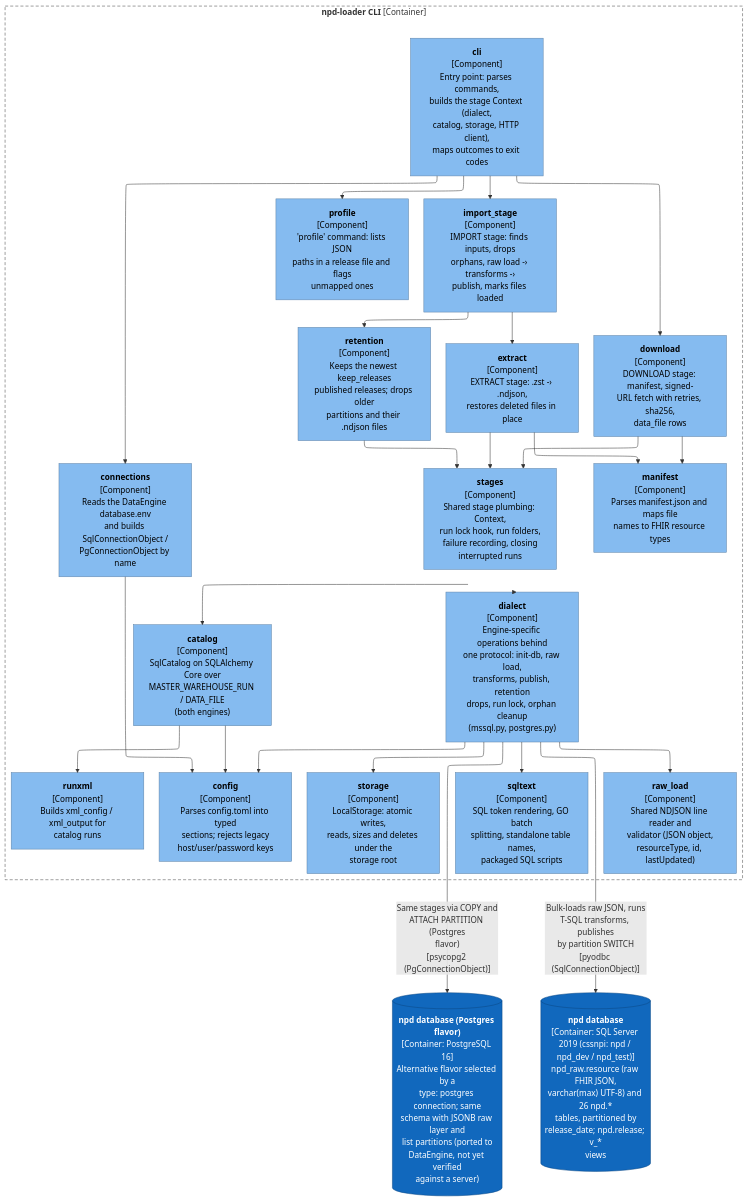
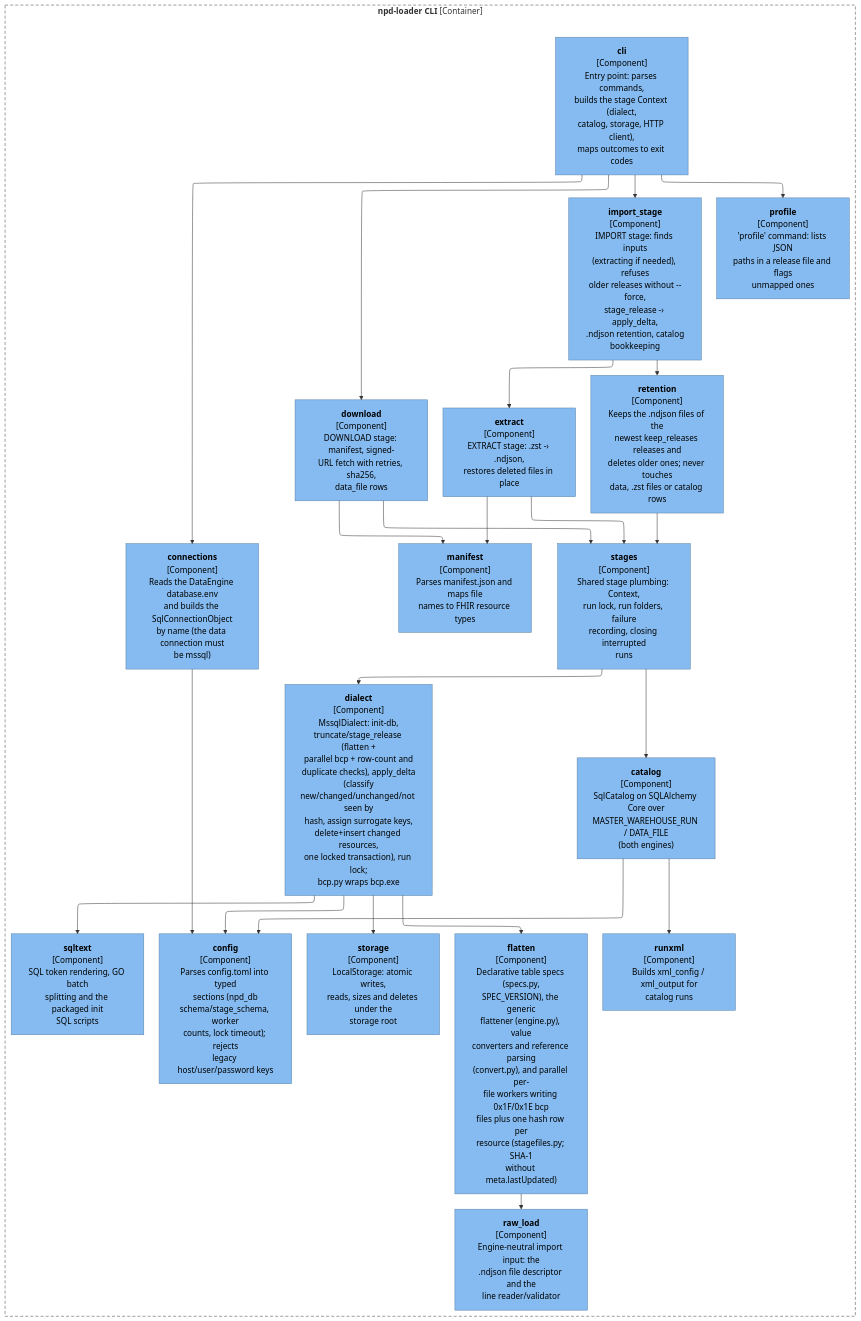
One commit to SqlDataSpire/npd_importer changed the diagram in architecture-docs/nppes_npd_env/c4-component-npd-loader.mmd. Above: the diagram before and after it, drawn with Mermaid. The commit also changed 12 other files, not shown here.

Commit message:
docs: refresh architecture docs for Phase 2 (flatten, bcp staging, delta apply; Postgres and publish flow removed)

```diff
--- a/architecture-docs/nppes_npd_env/c4-component-npd-loader.mmd
+++ b/architecture-docs/nppes_npd_env/c4-component-npd-loader.mmd
@@ -1,140 +1,140 @@
 ---
 config:
   layout: elk
 ---
 flowchart TB
     subgraph boundary["`**npd-loader CLI** [Container]`"]
         npd_loader_catalog["`**catalog**
 [Component]
 SqlCatalog on SQLAlchemy Core over
 MASTER_WAREHOUSE_RUN / DATA_FILE
 (both engines)`"]
         npd_loader_cli["`**cli**
 [Component]
 Entry point: parses commands,
 builds the stage Context (dialect,
 catalog, storage, HTTP client),
 maps outcomes to exit codes`"]
         npd_loader_config["`**config**
 [Component]
 Parses config.toml into typed
-sections; rejects legacy
-host/user/password keys`"]
+sections (npd_db
+schema/stage_schema, worker
+counts, lock timeout); rejects
+legacy host/user/password keys`"]
         npd_loader_connections["`**connections**
 [Component]
 Reads the DataEngine database.env
-and builds SqlConnectionObject /
-PgConnectionObject by name`"]
+and builds the SqlConnectionObject
+by name (the data connection must
+be mssql)`"]
         npd_loader_dialect["`**dialect**
 [Component]
-Engine-specific operations behind
-one protocol: init-db, raw load,
-transforms, publish, retention
-drops, run lock, orphan cleanup
-(mssql.py, postgres.py)`"]
+MssqlDialect: init-db,
+truncate/stage_release (flatten +
+parallel bcp + row-count and
+duplicate checks), apply_delta
+(classify
+new/changed/unchanged/not seen by
+hash, assign surrogate keys,
+delete+insert changed resources,
+one locked transaction), run lock;
+bcp.py wraps bcp.exe`"]
         npd_loader_download["`**download**
 [Component]
 DOWNLOAD stage: manifest, signed-
 URL fetch with retries, sha256,
 data_file rows`"]
         npd_loader_extract["`**extract**
 [Component]
 EXTRACT stage: .zst -› .ndjson,
 restores deleted files in place`"]
+        npd_loader_flatten["`**flatten**
+[Component]
+Declarative table specs (specs.py,
+SPEC_VERSION), the generic
+flattener (engine.py), value
+converters and reference parsing
+(convert.py), and parallel per-
+file workers writing 0x1F/0x1E bcp
+files plus one hash row per
+resource (stagefiles.py; SHA-1
+without meta.lastUpdated)`"]
         npd_loader_import_stage["`**import_stage**
 [Component]
-IMPORT stage: finds inputs, drops
-orphans, raw load -› transforms -›
-publish, marks files loaded`"]
+IMPORT stage: finds inputs
+(extracting if needed), refuses
+older releases without --force,
+stage_release -› apply_delta,
+.ndjson retention, catalog
+bookkeeping`"]
         npd_loader_manifest["`**manifest**
 [Component]
 Parses manifest.json and maps file
 names to FHIR resource types`"]
         npd_loader_profile["`**profile**
 [Component]
 'profile' command: lists JSON
 paths in a release file and flags
 unmapped ones`"]
         npd_loader_raw_load["`**raw_load**
 [Component]
-Shared NDJSON line reader and
-validator (JSON object,
-resourceType, id, lastUpdated)`"]
+Engine-neutral import input: the
+.ndjson file descriptor and the
+line reader/validator`"]
         npd_loader_retention["`**retention**
 [Component]
-Keeps the newest keep_releases
-published releases; drops older
-partitions and their .ndjson files`"]
+Keeps the .ndjson files of the
+newest keep_releases releases and
+deletes older ones; never touches
+data, .zst files or catalog rows`"]
         npd_loader_runxml["`**runxml**
 [Component]
 Builds xml_config / xml_output for
 catalog runs`"]
         npd_loader_sqltext["`**sqltext**
 [Component]
 SQL token rendering, GO batch
-splitting, standalone table names,
-packaged SQL scripts`"]
+splitting and the packaged init
+SQL scripts`"]
         npd_loader_stages["`**stages**
 [Component]
 Shared stage plumbing: Context,
-run lock hook, run folders,
-failure recording, closing
-interrupted runs`"]
+run lock, run folders, failure
+recording, closing interrupted
+runs`"]
         npd_loader_storage["`**storage**
 [Component]
 LocalStorage: atomic writes,
 reads, sizes and deletes under the
 storage root`"]
     end
     npd_loader_catalog --> npd_loader_config
     npd_loader_catalog --> npd_loader_runxml
     npd_loader_cli --> npd_loader_connections
     npd_loader_cli --> npd_loader_download
     npd_loader_cli --> npd_loader_import_stage
     npd_loader_cli --> npd_loader_profile
     npd_loader_connections --> npd_loader_config
     npd_loader_dialect --> npd_loader_config
-    npd_loader_dialect --> npd_loader_raw_load
+    npd_loader_dialect --> npd_loader_flatten
     npd_loader_dialect --> npd_loader_sqltext
     npd_loader_dialect --> npd_loader_storage
     npd_loader_download --> npd_loader_manifest
     npd_loader_download --> npd_loader_stages
     npd_loader_extract --> npd_loader_manifest
     npd_loader_extract --> npd_loader_stages
+    npd_loader_flatten --> npd_loader_raw_load
     npd_loader_import_stage --> npd_loader_extract
     npd_loader_import_stage --> npd_loader_retention
     npd_loader_retention --> npd_loader_stages
     npd_loader_stages --> npd_loader_catalog
     npd_loader_stages --> npd_loader_dialect
-    db_postgresql[("`**npd database (Postgres flavor)**
-[Container: PostgreSQL 16]
-Alternative flavor selected by a
-type: postgres connection; same
-schema with JSONB raw layer and
-list partitions (ported to
-DataEngine, not yet verified
-against a server)`")]
-    npd_loader_dialect -->|"`Same stages via COPY and
-ATTACH PARTITION (Postgres
-flavor)
-[psycopg2 (PgConnectionObject)]`"| db_postgresql
-    db_sql_server[("`**npd database**
-[Container: SQL Server 2019 (cssnpi: npd / npd_dev / npd_test)]
-npd_raw.resource (raw FHIR JSON,
-varchar(max) UTF-8) and 26 npd.*
-tables, partitioned by
-release_date; npd.release; v_*
-views`")]
-    npd_loader_dialect -->|"`Bulk-loads raw JSON, runs
-T-SQL transforms, publishes
-by partition SWITCH
-[pyodbc (SqlConnectionObject)]`"| db_sql_server
     classDef person fill:#08427b,stroke:#052e56,color:#ffffff
     classDef container fill:#1168bd,stroke:#0b4884,color:#ffffff
     classDef system fill:#1168bd,stroke:#0b4884,color:#ffffff
     classDef component fill:#85bbf0,stroke:#5d82a8,color:#000000
     classDef external fill:#999999,stroke:#6b6b6b,color:#ffffff
     classDef shared fill:#dbe9f6,stroke:#5d82a8,color:#000000,stroke-dasharray:4 3
-    class npd_loader_catalog,npd_loader_cli,npd_loader_config,npd_loader_connections,npd_loader_dialect,npd_loader_download,npd_loader_extract,npd_loader_import_stage,npd_loader_manifest,npd_loader_profile,npd_loader_raw_load,npd_loader_retention,npd_loader_runxml,npd_loader_sqltext,npd_loader_stages,npd_loader_storage component
-    class db_postgresql,db_sql_server container
+    class npd_loader_catalog,npd_loader_cli,npd_loader_config,npd_loader_connections,npd_loader_dialect,npd_loader_download,npd_loader_extract,npd_loader_flatten,npd_loader_import_stage,npd_loader_manifest,npd_loader_profile,npd_loader_raw_load,npd_loader_retention,npd_loader_runxml,npd_loader_sqltext,npd_loader_stages,npd_loader_storage component
     style boundary fill:none,stroke:#444444,stroke-dasharray:6 4
```
